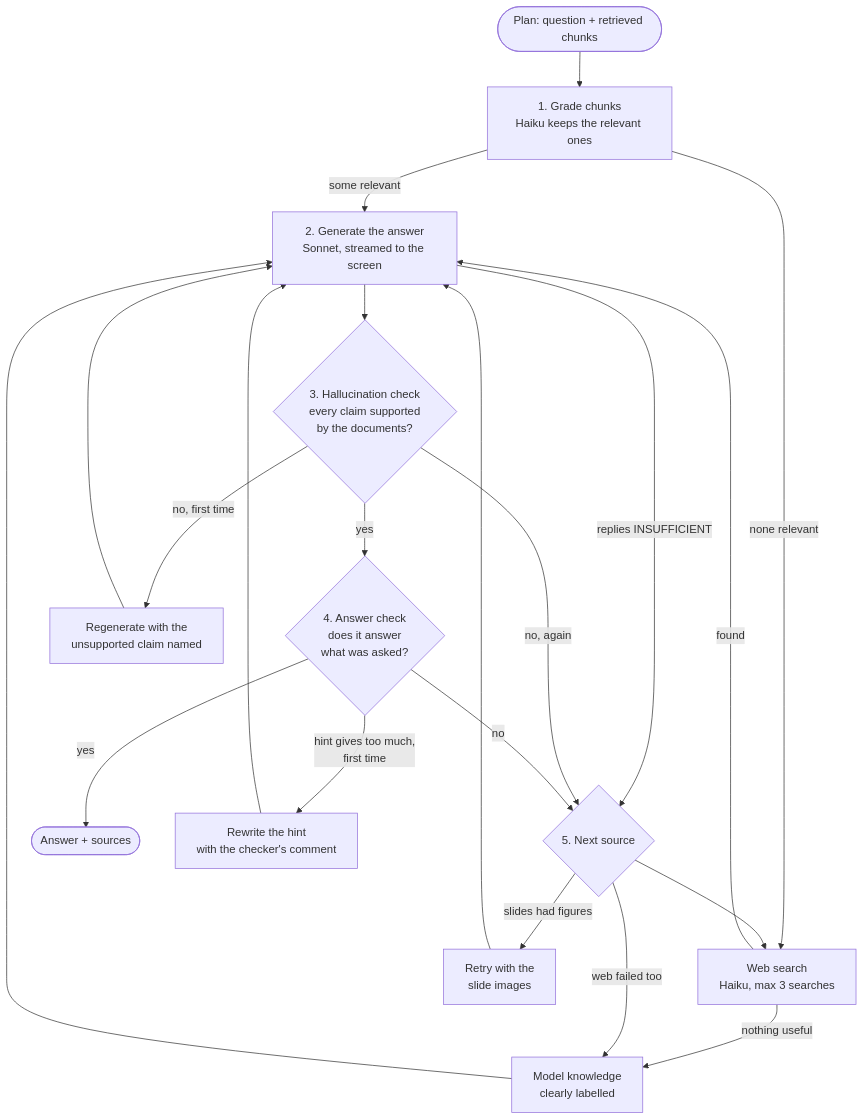
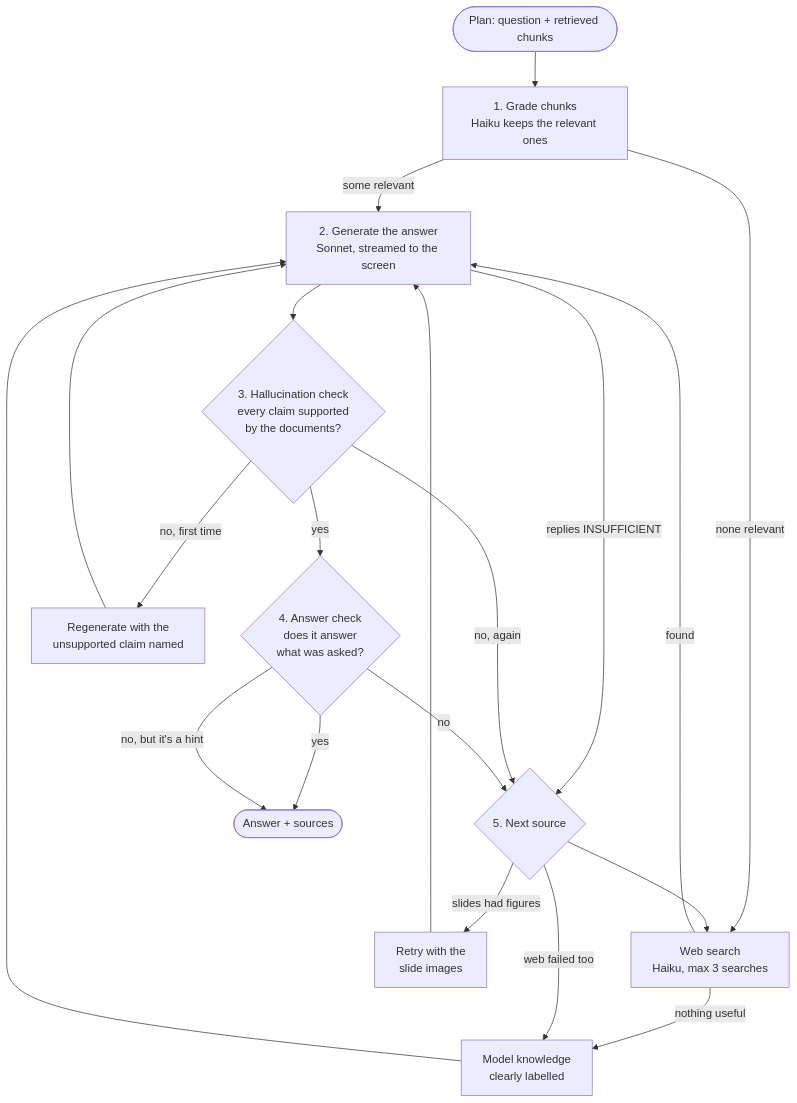
One commit to minbad0710/NTU---RAG changed the fifth of 5 diagrams in README.md. Above: the diagram before and after it, drawn with Mermaid. The commit also changed other lines of this file and 1 other file, not shown here.

````diff
--- a/README.md
+++ b/README.md
@@ -210,23 +210,22 @@
 ```mermaid
 flowchart TD
     START([Plan: question + retrieved chunks]) --> GR[1. Grade chunks<br/>Haiku keeps the relevant ones]
     GR -- some relevant --> GEN[2. Generate the answer<br/>Sonnet, streamed to the screen]
     GR -- none relevant --> WEB
     GEN -- replies INSUFFICIENT --> NEXT
     GEN --> HAL{3. Hallucination check<br/>every claim supported<br/>by the documents?}
     HAL -- yes --> ANS{4. Answer check<br/>does it answer<br/>what was asked?}
     HAL -- no, first time --> FIX1[Regenerate with the<br/>unsupported claim named]
     FIX1 --> GEN
     HAL -- no, again --> NEXT
     ANS -- yes --> DONE([Answer + sources])
-    ANS -- hint gives too much,<br/>first time --> FIX2[Rewrite the hint<br/>with the checker's comment]
-    FIX2 --> GEN
+    ANS -- no, but it's a hint --> DONE
     ANS -- no --> NEXT{5. Next source}
     NEXT -- slides had figures --> IMG[Retry with the<br/>slide images]
     IMG --> GEN
     NEXT --> WEB[Web search<br/>Haiku, max 3 searches]
     WEB -- found --> GEN
     WEB -- nothing useful --> MOD
     NEXT -- web failed too --> MOD[Model knowledge<br/>clearly labelled]
     MOD --> GEN
 ```
````
